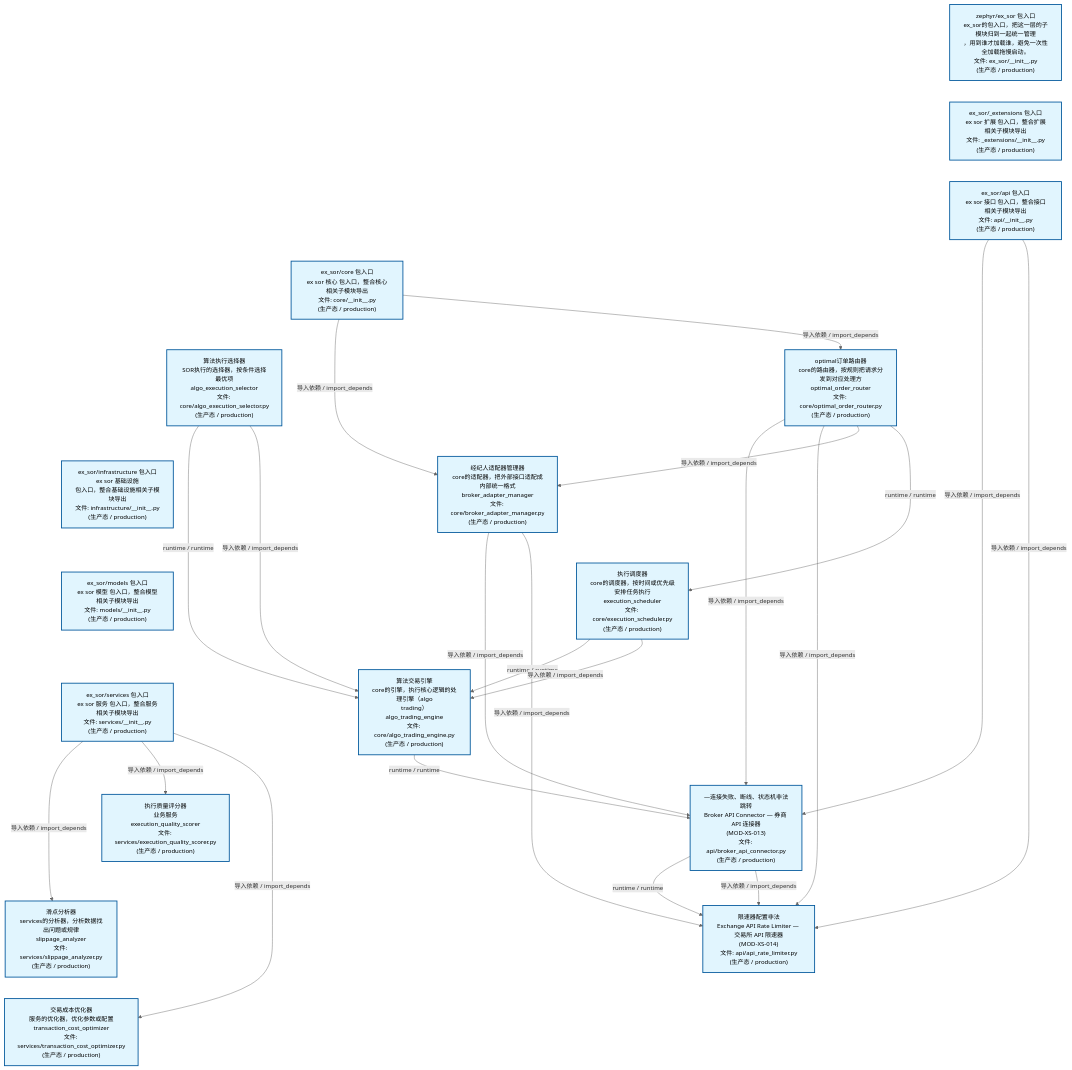
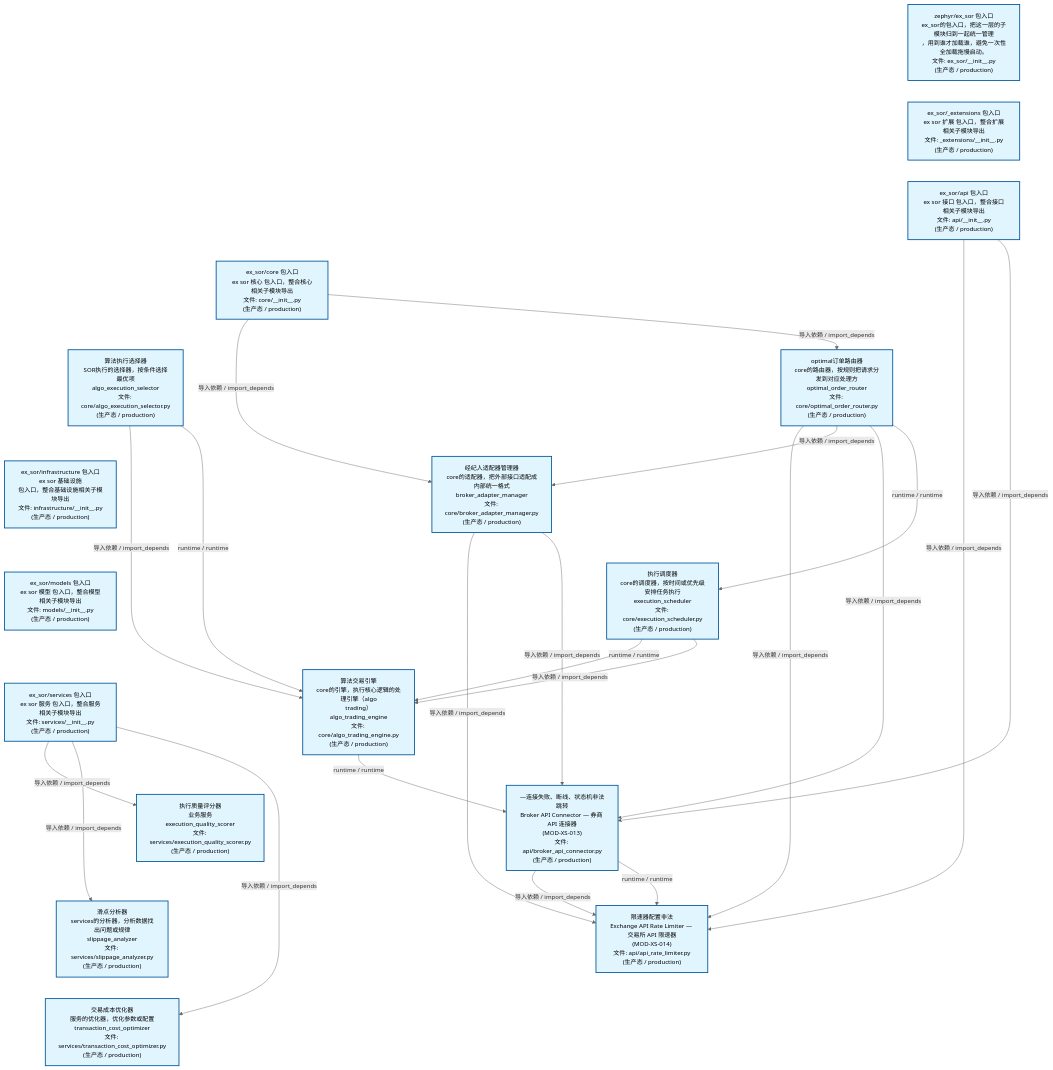
One commit to xuanFelixVan/ZephyrAlpha changed the second of 3 diagrams in docs/02_enterprise_architecture/02_domain_architecture_docs/45_d_ex_sor.md. Above: the diagram before and after it, drawn with Mermaid. The commit also changed other lines of this file and 46 other files, not shown here.

````diff
--- a/docs/02_enterprise_architecture/02_domain_architecture_docs/45_d_ex_sor.md
+++ b/docs/02_enterprise_architecture/02_domain_architecture_docs/45_d_ex_sor.md
@@ -135,57 +134,57 @@
 ```mermaid
 %%{init: {'theme': 'base', 'themeVariables': {'primaryColor': '#eaeaea', 'primaryTextColor': '#333333', 'primaryBorderColor': '#666666', 'lineColor': '#666666', 'secondaryColor': '#eaeaea', 'tertiaryColor': '#eaeaea', 'fontSize': '14px'}}}%%
 flowchart TD
     src_zephyr_ex_sor_init_py["zephyr/ex_sor 包入口<br/>ex_sor的包入口，把这一层的子模块归到一起统一管理<br/>，用到谁才加载谁，避免一次性全加载拖慢启动。<br/>文件: ex_sor/__init__.py<br/>(生产态 / production)"]
     src_zephyr_ex_sor_extensions_init_py["ex_sor/_extensions 包入口<br/>ex sor 扩展 包入口，整合扩展相关子模块导出<br/>文件: _extensions/__init__.py<br/>(生产态 / production)"]
     src_zephyr_ex_sor_api_init_py["ex_sor/api 包入口<br/>ex sor 接口 包入口，整合接口相关子模块导出<br/>文件: api/__init__.py<br/>(生产态 / production)"]
     src_zephyr_ex_sor_core_init_py["ex_sor/core 包入口<br/>ex sor 核心 包入口，整合核心相关子模块导出<br/>文件: core/__init__.py<br/>(生产态 / production)"]
     src_zephyr_ex_sor_core_algo_execution_selector_py["算法执行选择器<br/>SOR执行的选择器，按条件选择最优项<br/>algo_execution_selector<br/>文件: core/algo_execution_selector.py<br/>(生产态 / production)"]
     src_zephyr_ex_sor_infrastructure_init_py["ex_sor/infrastructure 包入口<br/>ex sor 基础设施<br/>包入口，整合基础设施相关子模块导出<br/>文件: infrastructure/__init__.py<br/>(生产态 / production)"]
     src_zephyr_ex_sor_models_init_py["ex_sor/models 包入口<br/>ex sor 模型 包入口，整合模型相关子模块导出<br/>文件: models/__init__.py<br/>(生产态 / production)"]
     src_zephyr_ex_sor_services_init_py["ex_sor/services 包入口<br/>ex sor 服务 包入口，整合服务相关子模块导出<br/>文件: services/__init__.py<br/>(生产态 / production)"]
     src_zephyr_ex_sor_init_py ~~~ src_zephyr_ex_sor_extensions_init_py
     src_zephyr_ex_sor_extensions_init_py ~~~ src_zephyr_ex_sor_api_init_py
     src_zephyr_ex_sor_api_init_py ~~~ src_zephyr_ex_sor_core_init_py
     src_zephyr_ex_sor_core_init_py ~~~ src_zephyr_ex_sor_core_algo_execution_selector_py
     src_zephyr_ex_sor_core_algo_execution_selector_py ~~~ src_zephyr_ex_sor_infrastructure_init_py
     src_zephyr_ex_sor_infrastructure_init_py ~~~ src_zephyr_ex_sor_models_init_py
     src_zephyr_ex_sor_models_init_py ~~~ src_zephyr_ex_sor_services_init_py
     src_zephyr_ex_sor_core_optimal_order_router_py["optimal订单路由器<br/>core的路由器，按规则把请求分发到对应处理方<br/>optimal_order_router<br/>文件: core/optimal_order_router.py<br/>(生产态 / production)"]
     src_zephyr_ex_sor_services_execution_quality_scorer_py["执行质量评分器<br/>业务服务<br/>execution_quality_scorer<br/>文件: services/execution_quality_scorer.py<br/>(生产态 / production)"]
     src_zephyr_ex_sor_services_slippage_analyzer_py["滑点分析器<br/>services的分析器，分析数据找出问题或规律<br/>slippage_analyzer<br/>文件: services/slippage_analyzer.py<br/>(生产态 / production)"]
     src_zephyr_ex_sor_services_transaction_cost_optimizer_py["交易成本优化器<br/>服务的优化器，优化参数或配置<br/>transaction_cost_optimizer<br/>文件: services/transaction_cost_optimizer.py<br/>(生产态 / production)"]
     src_zephyr_ex_sor_core_optimal_order_router_py ~~~ src_zephyr_ex_sor_services_execution_quality_scorer_py
     src_zephyr_ex_sor_services_execution_quality_scorer_py ~~~ src_zephyr_ex_sor_services_slippage_analyzer_py
     src_zephyr_ex_sor_services_slippage_analyzer_py ~~~ src_zephyr_ex_sor_services_transaction_cost_optimizer_py
     src_zephyr_ex_sor_core_broker_adapter_manager_py["经纪人适配器管理器<br/>core的适配器，把外部接口适配成内部统一格式<br/>broker_adapter_manager<br/>文件: core/broker_adapter_manager.py<br/>(生产态 / production)"]
     src_zephyr_ex_sor_core_execution_scheduler_py["执行调度器<br/>core的调度器，按时间或优先级安排任务执行<br/>execution_scheduler<br/>文件: core/execution_scheduler.py<br/>(生产态 / production)"]
     src_zephyr_ex_sor_core_broker_adapter_manager_py ~~~ src_zephyr_ex_sor_core_execution_scheduler_py
     src_zephyr_ex_sor_core_algo_trading_engine_py["算法交易引擎<br/>core的引擎，执行核心逻辑的处理引擎（algo<br/>trading）<br/>algo_trading_engine<br/>文件: core/algo_trading_engine.py<br/>(生产态 / production)"]
     src_zephyr_ex_sor_api_broker_api_connector_py["—连接失败、断线、状态机非法跳转<br/>Broker API Connector — 券商 API 连接器<br/>(MOD-XS-013)<br/>文件: api/broker_api_connector.py<br/>(生产态 / production)"]
     src_zephyr_ex_sor_api_api_rate_limiter_py["限速器配置非法<br/>Exchange API Rate Limiter — 交易所 API 限速器<br/>(MOD-XS-014)<br/>文件: api/api_rate_limiter.py<br/>(生产态 / production)"]
+    src_zephyr_ex_sor_core_algo_execution_selector_py -->|导入依赖 / import_depends| src_zephyr_ex_sor_core_algo_trading_engine_py
+    src_zephyr_ex_sor_core_algo_execution_selector_py -->|runtime / runtime| src_zephyr_ex_sor_core_algo_trading_engine_py
+    src_zephyr_ex_sor_core_algo_trading_engine_py -->|runtime / runtime| src_zephyr_ex_sor_api_broker_api_connector_py
+    src_zephyr_ex_sor_api_init_py -->|导入依赖 / import_depends| src_zephyr_ex_sor_api_api_rate_limiter_py
     src_zephyr_ex_sor_api_init_py -->|导入依赖 / import_depends| src_zephyr_ex_sor_api_broker_api_connector_py
-    src_zephyr_ex_sor_api_init_py -->|导入依赖 / import_depends| src_zephyr_ex_sor_api_api_rate_limiter_py
-    src_zephyr_ex_sor_api_broker_api_connector_py -->|runtime / runtime| src_zephyr_ex_sor_api_api_rate_limiter_py
-    src_zephyr_ex_sor_api_broker_api_connector_py -->|导入依赖 / import_depends| src_zephyr_ex_sor_api_api_rate_limiter_py
-    src_zephyr_ex_sor_core_algo_trading_engine_py -->|runtime / runtime| src_zephyr_ex_sor_api_broker_api_connector_py
-    src_zephyr_ex_sor_core_algo_execution_selector_py -->|runtime / runtime| src_zephyr_ex_sor_core_algo_trading_engine_py
-    src_zephyr_ex_sor_core_algo_execution_selector_py -->|导入依赖 / import_depends| src_zephyr_ex_sor_core_algo_trading_engine_py
+    src_zephyr_ex_sor_core_broker_adapter_manager_py -->|导入依赖 / import_depends| src_zephyr_ex_sor_api_api_rate_limiter_py
     src_zephyr_ex_sor_core_broker_adapter_manager_py -->|导入依赖 / import_depends| src_zephyr_ex_sor_api_broker_api_connector_py
-    src_zephyr_ex_sor_core_broker_adapter_manager_py -->|导入依赖 / import_depends| src_zephyr_ex_sor_api_api_rate_limiter_py
-    src_zephyr_ex_sor_core_optimal_order_router_py -->|导入依赖 / import_depends| src_zephyr_ex_sor_api_broker_api_connector_py
     src_zephyr_ex_sor_core_optimal_order_router_py -->|导入依赖 / import_depends| src_zephyr_ex_sor_api_api_rate_limiter_py
     src_zephyr_ex_sor_core_optimal_order_router_py -->|导入依赖 / import_depends| src_zephyr_ex_sor_core_broker_adapter_manager_py
+    src_zephyr_ex_sor_core_optimal_order_router_py -->|导入依赖 / import_depends| src_zephyr_ex_sor_api_broker_api_connector_py
     src_zephyr_ex_sor_core_optimal_order_router_py -->|runtime / runtime| src_zephyr_ex_sor_core_execution_scheduler_py
+    src_zephyr_ex_sor_api_broker_api_connector_py -->|导入依赖 / import_depends| src_zephyr_ex_sor_api_api_rate_limiter_py
+    src_zephyr_ex_sor_api_broker_api_connector_py -->|runtime / runtime| src_zephyr_ex_sor_api_api_rate_limiter_py
     src_zephyr_ex_sor_core_execution_scheduler_py -->|runtime / runtime| src_zephyr_ex_sor_core_algo_trading_engine_py
     src_zephyr_ex_sor_core_execution_scheduler_py -->|导入依赖 / import_depends| src_zephyr_ex_sor_core_algo_trading_engine_py
     src_zephyr_ex_sor_core_init_py -->|导入依赖 / import_depends| src_zephyr_ex_sor_core_broker_adapter_manager_py
     src_zephyr_ex_sor_core_init_py -->|导入依赖 / import_depends| src_zephyr_ex_sor_core_optimal_order_router_py
+    src_zephyr_ex_sor_services_init_py -->|导入依赖 / import_depends| src_zephyr_ex_sor_services_execution_quality_scorer_py
     src_zephyr_ex_sor_services_init_py -->|导入依赖 / import_depends| src_zephyr_ex_sor_services_slippage_analyzer_py
-    src_zephyr_ex_sor_services_init_py -->|导入依赖 / import_depends| src_zephyr_ex_sor_services_execution_quality_scorer_py
     src_zephyr_ex_sor_services_init_py -->|导入依赖 / import_depends| src_zephyr_ex_sor_services_transaction_cost_optimizer_py
     classDef production fill:#e1f5fe,stroke:#01579b,stroke-width:2px,color:#000
     classDef design fill:#fff3e0,stroke:#e65100,stroke-width:2px,color:#000,stroke-dasharray: 5 5
     classDef external_prod fill:#e8f4fd,stroke:#0277bd,stroke-width:1px,color:#000
     classDef external_design fill:#fff8e7,stroke:#ef6c00,stroke-width:1px,color:#000,stroke-dasharray: 5 5
     class src_zephyr_ex_sor_init_py,src_zephyr_ex_sor_extensions_init_py,src_zephyr_ex_sor_api_init_py,src_zephyr_ex_sor_api_api_rate_limiter_py,src_zephyr_ex_sor_api_broker_api_connector_py,src_zephyr_ex_sor_core_init_py,src_zephyr_ex_sor_core_algo_execution_selector_py,src_zephyr_ex_sor_core_algo_trading_engine_py,src_zephyr_ex_sor_core_broker_adapter_manager_py,src_zephyr_ex_sor_core_execution_scheduler_py,src_zephyr_ex_sor_core_optimal_order_router_py,src_zephyr_ex_sor_infrastructure_init_py,src_zephyr_ex_sor_models_init_py,src_zephyr_ex_sor_services_init_py,src_zephyr_ex_sor_services_execution_quality_scorer_py,src_zephyr_ex_sor_services_slippage_analyzer_py,src_zephyr_ex_sor_services_transaction_cost_optimizer_py production
 ```
````
